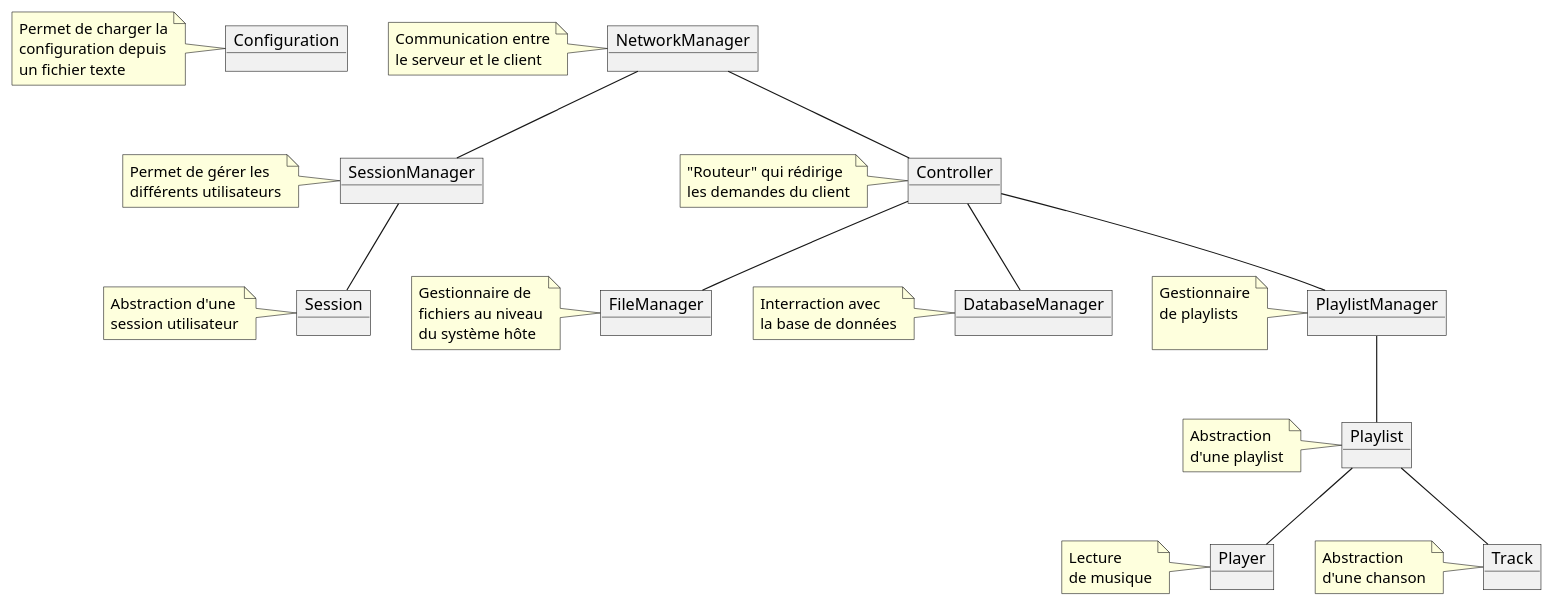
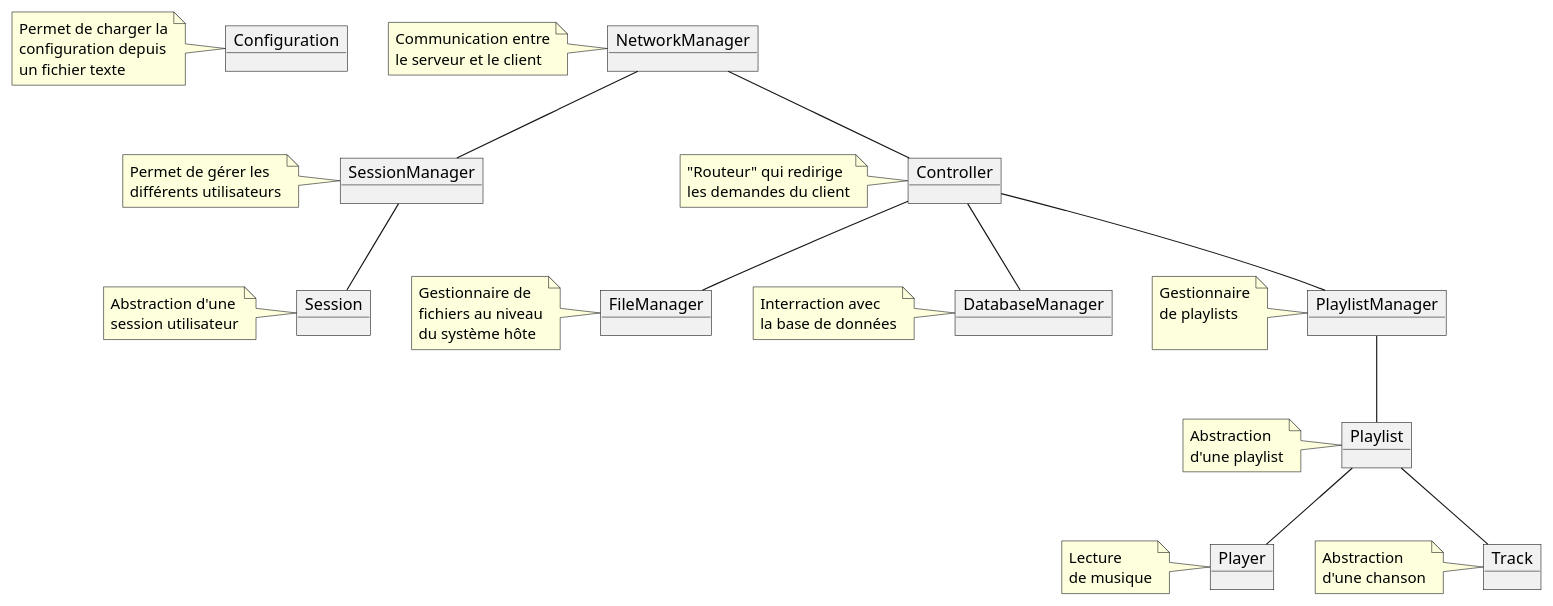
Before and after one commit to heig-vd-pro2017/projet: the diagram in doc/commusica/UML.puml, drawn with PlantUML.

Commit message:
Mispelling

```diff
--- a/doc/commusica/UML.puml
+++ b/doc/commusica/UML.puml
@@ -1,98 +1,98 @@
 @startuml
 
 object Configuration
 
 object NetworkManager
 
 object SessionManager
 
 object Session
 
 object Controller
 
 object FileManager
 
 object DatabaseManager
 
 object PlaylistManager
 
 object Playlist
 
 object Player
 
 object Track
 
 NetworkManager -- Controller
 
 NetworkManager -- SessionManager
 
 SessionManager -- Session
 
 Controller -- FileManager
 Controller -- DatabaseManager
 Controller -- PlaylistManager
 
 PlaylistManager -- Playlist
 
 Playlist -- Player
 Playlist -- Track
 
 note left of Configuration
     Permet de charger la
     configuration depuis
     un fichier texte
 endnote
 
 note left of NetworkManager
     Communication entre
     le serveur et le client
 endnote
 
 note left of SessionManager
     Permet de gérer les
     différents utilisateurs
 endnote
 
 note left of Session
     Abstraction d'une
     session utilisateur
 endnote
 
 note left of Controller
-    "Routeur" qui rédirige
+    "Routeur" qui redirige
     les demandes du client
 endnote
 
 note left of FileManager
     Gestionnaire de
     fichiers au niveau
     du système hôte
 endnote
 
 note left of DatabaseManager
     Interraction avec
     la base de données
 endnote
 
 note left of PlaylistManager
     Gestionnaire
     de playlists
 
 endnote
 
 note left of Playlist
     Abstraction
     d'une playlist
 endnote
 
 note left of Player
     Lecture
     de musique
 endnote
 
 note left of Track
     Abstraction
     d'une chanson
 endnote
 
 @enduml
```
